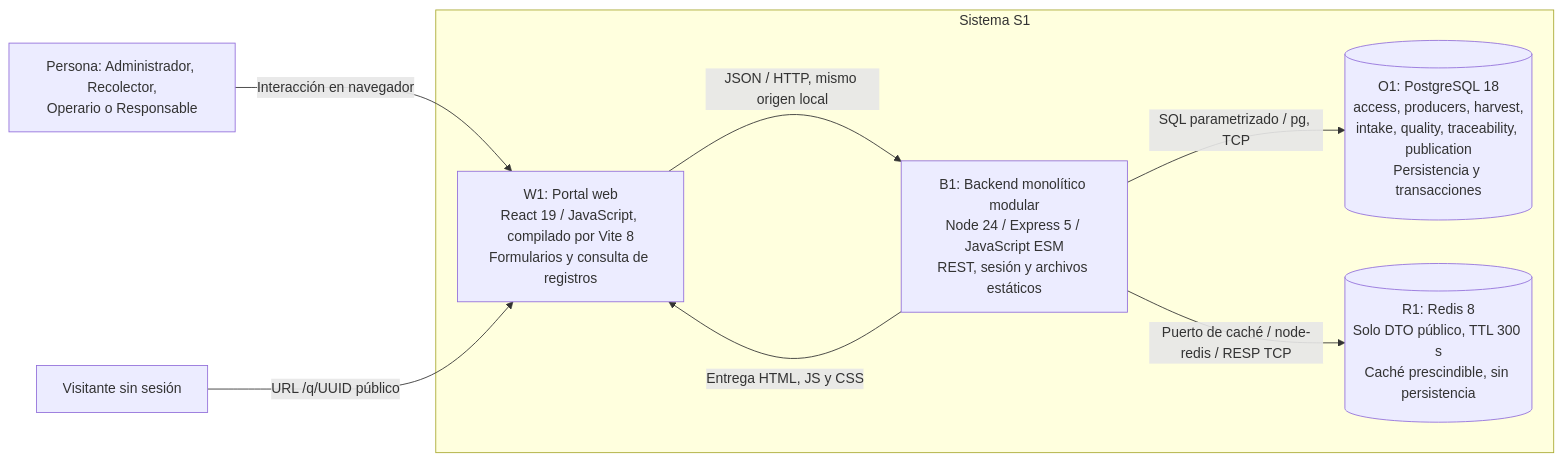
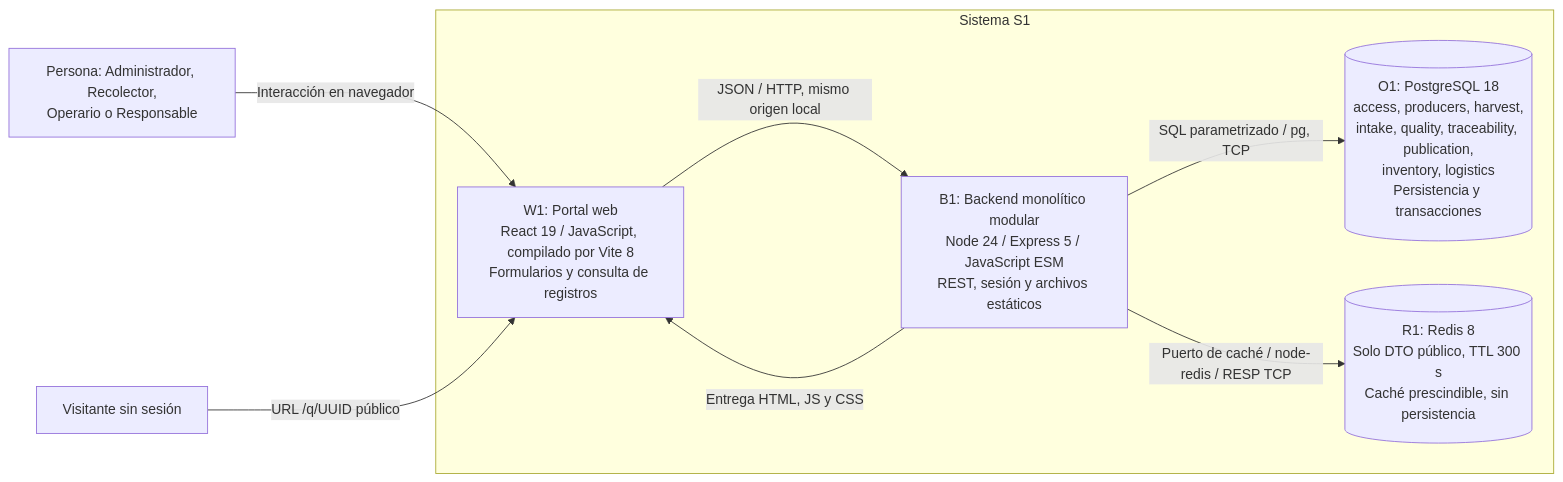
The second of 8 diagrams in docs/04-modelo-c4/modelo-c4.md (carlosgaraundo27-svg/Trazabilidad-Agricola-Arquitectura), drawn with Mermaid before and after one commit. The commit also changed other lines of this file and 24 other files, not shown here.

````diff
--- a/docs/04-modelo-c4/modelo-c4.md
+++ b/docs/04-modelo-c4/modelo-c4.md
@@ -40,16 +42,16 @@
 ```mermaid
 flowchart LR
   USUARIO["Persona: Administrador, Recolector,<br/>Operario o Responsable"]
   subgraph S1["Sistema S1"]
     W1["W1: Portal web<br/>React 19 / JavaScript, compilado por Vite 8<br/>Formularios y consulta de registros"]
     B1["B1: Backend monolítico modular<br/>Node 24 / Express 5 / JavaScript ESM<br/>REST, sesión y archivos estáticos"]
-    O1[("O1: PostgreSQL 18<br/>access, producers, harvest,<br/>intake, quality, traceability, publication<br/>Persistencia y transacciones")]
+    O1[("O1: PostgreSQL 18<br/>access, producers, harvest,<br/>intake, quality, traceability, publication,<br/>inventory, logistics<br/>Persistencia y transacciones")]
     R1[("R1: Redis 8<br/>Solo DTO público, TTL 300 s<br/>Caché prescindible, sin persistencia")]
   end
   USUARIO -->|"Interacción en navegador"| W1
   VISITANTE["Visitante sin sesión"] -->|"URL /q/UUID público"| W1
   B1 -->|"Puerto de caché / node-redis / RESP TCP"| R1
   W1 -->|"JSON / HTTP, mismo origen local"| B1
   B1 -->|"Entrega HTML, JS y CSS"| W1
   B1 -->|"SQL parametrizado / pg, TCP"| O1
 ```
````
